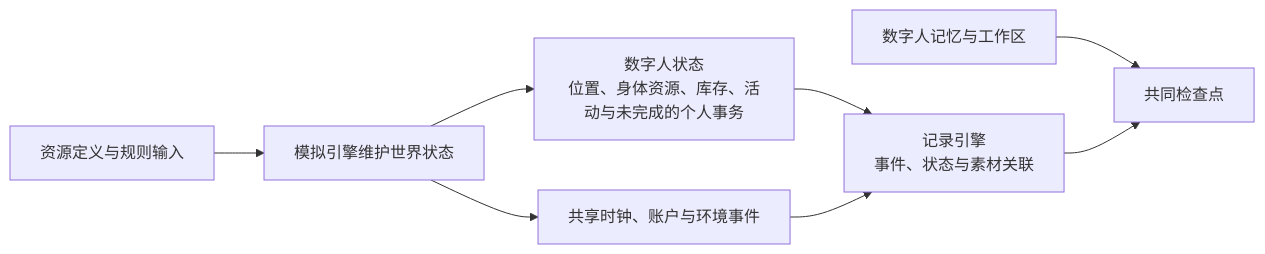
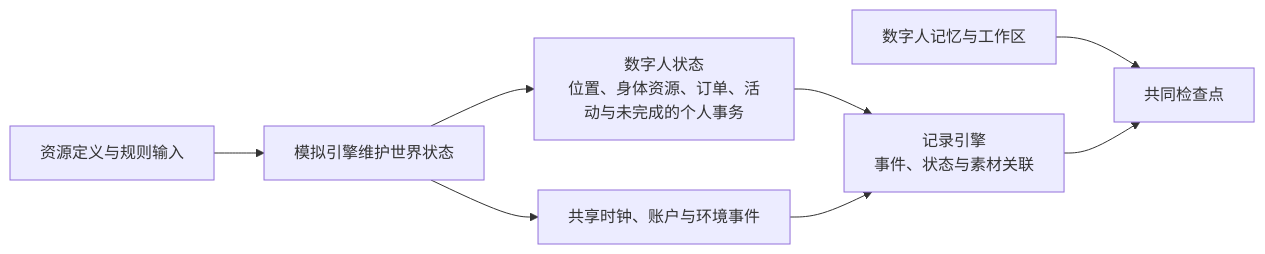
Before and after one commit to HoldThatThgt/WorldMock: the eighth of 9 diagrams in docs/design/01-architecture.md, drawn with Mermaid. The commit also changed other lines of this file and 118 other files, not shown here.

````diff
--- a/docs/design/01-architecture.md
+++ b/docs/design/01-architecture.md
@@ -405,10 +407,10 @@
 ```mermaid
 flowchart LR
     R[资源定义与规则输入] --> W[模拟引擎维护世界状态]
-    W --> A[数字人状态<br/>位置、身体资源、库存、活动与未完成的个人事务]
+    W --> A[数字人状态<br/>位置、身体资源、订单、活动与未完成的个人事务]
     W --> T[共享时钟、账户与环境事件]
     A --> F[记录引擎<br/>事件、状态与素材关联]
     T --> F
     M[数字人记忆与工作区] --> C[共同检查点]
     F --> C
 ```
````
